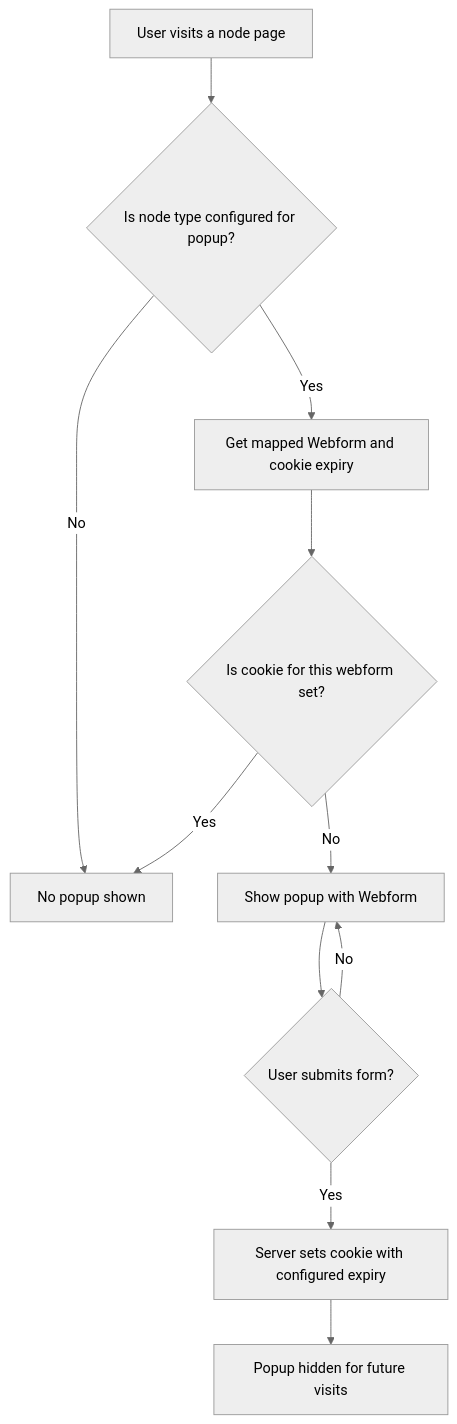
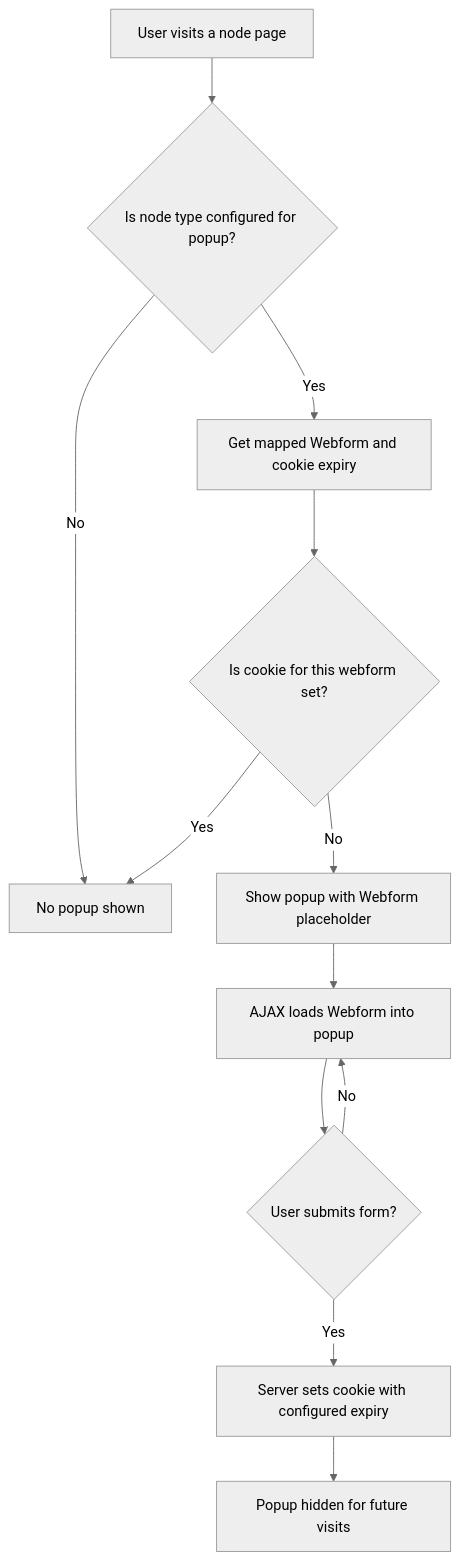
Before and after one commit to arpitr/webform_popup_cookie_aware: the diagram in README.md, drawn with Mermaid (neutral theme). The commit also changed other lines of this file and 13 other files, not shown here.

````diff
--- a/README.md
+++ b/README.md
@@ -30,13 +32,14 @@
 ```mermaid
 flowchart TD
     A[User visits a node page] --> B{Is node type configured for popup?}
     B -- No --> Z[No popup shown]
     B -- Yes --> C[Get mapped Webform and cookie expiry]
     C --> D{Is cookie for this webform set?}
     D -- Yes --> Z
-    D -- No --> E[Show popup with Webform]
-    E --> F{User submits form?}
-    F -- No --> E
-    F -- Yes --> G[Server sets cookie with configured expiry]
-    G --> H[Popup hidden for future visits]
+    D -- No --> E[Show popup with Webform placeholder]
+    E --> F[AJAX loads Webform into popup]
+    F --> G{User submits form?}
+    G -- No --> F
+    G -- Yes --> H[Server sets cookie with configured expiry]
+    H --> I[Popup hidden for future visits]
 ```
````
